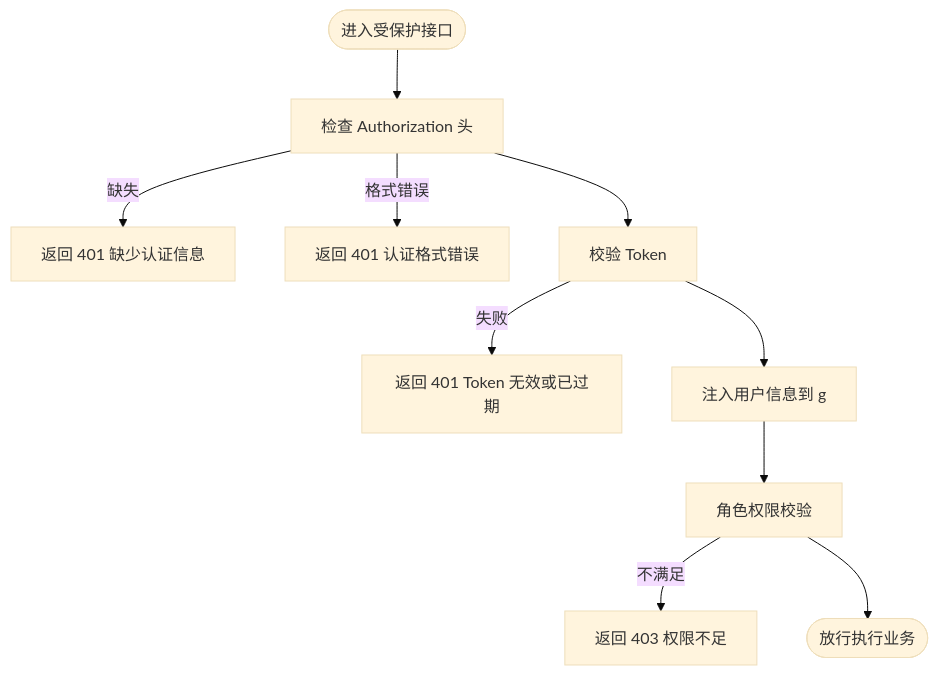
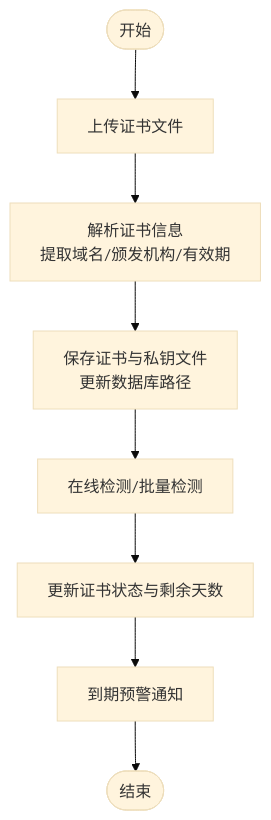
One commit to ismine3/OPS changed the fourth of 5 diagrams in .qoder/repowiki/zh/content/项目概述/项目概述.md. Above: the diagram before and after it, drawn with Mermaid (base theme). The commit also changed other lines of this file and 157 other files, not shown here.

````diff
--- a/.qoder/repowiki/zh/content/项目概述/项目概述.md
+++ b/.qoder/repowiki/zh/content/项目概述/项目概述.md
@@ -218,12 +182,10 @@
 ```mermaid
 flowchart TD
-Start(["进入受保护接口"]) --> CheckAuth["检查 Authorization 头"]
-CheckAuth --> |缺失| Resp401a["返回 401 缺少认证信息"]
-CheckAuth --> |格式错误| Resp401b["返回 401 认证格式错误"]
-CheckAuth --> Verify["校验 Token"]
-Verify --> |失败| Resp401c["返回 401 Token 无效或已过期"]
-Verify --> Inject["注入用户信息到 g"]
-Inject --> RoleCheck["角色权限校验"]
-RoleCheck --> |不满足| Resp403["返回 403 权限不足"]
-RoleCheck --> Done(["放行执行业务"])
+Start(["开始"]) --> Upload["上传证书文件"]
+Upload --> Parse["解析证书信息<br/>提取域名/颁发机构/有效期"]
+Parse --> Save["保存证书与私钥文件<br/>更新数据库路径"]
+Save --> Check["在线检测/批量检测"]
+Check --> Update["更新证书状态与剩余天数"]
+Update --> Notify["到期预警通知"]
+Notify --> End(["结束"])
 ```
````
